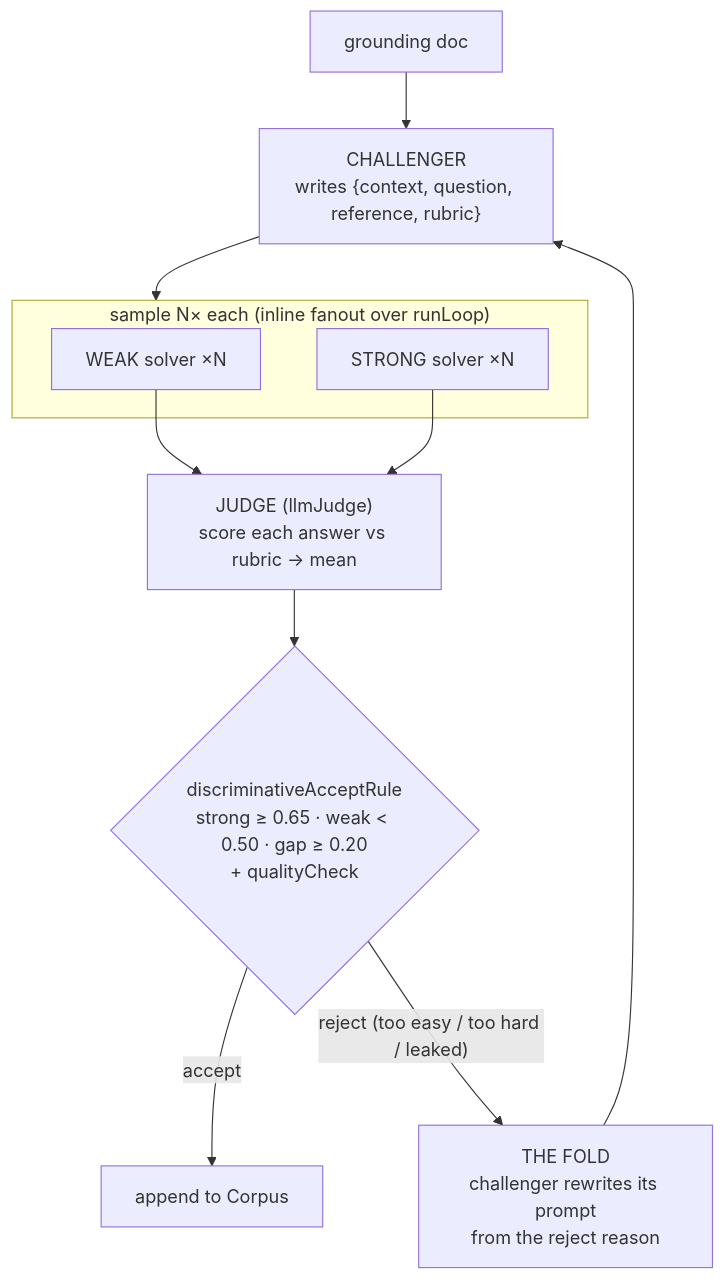
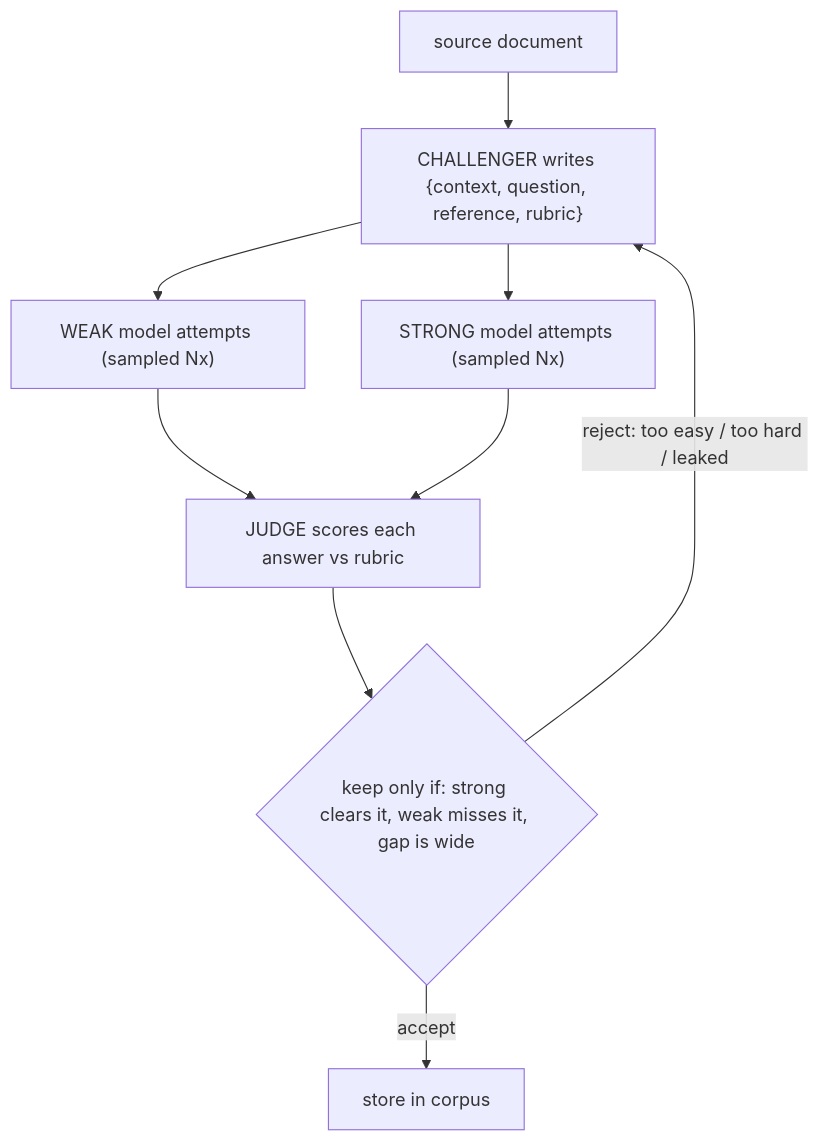
One commit to tangle-network/agent-runtime changed the diagram in examples/agentic-data-creation/README.md. Above: the diagram before and after it, drawn with Mermaid. The commit also changed other lines of this file and 33 other files, not shown here.

````diff
--- a/examples/agentic-data-creation/README.md
+++ b/examples/agentic-data-creation/README.md
@@ -31,15 +43,11 @@
 ```mermaid
 flowchart TD
-  doc["grounding doc"] --> ch["CHALLENGER\nwrites {context, question, reference, rubric}"]
-  ch --> sample
-  subgraph sample["sample N× each (inline fanout over runLoop)"]
-    weak["WEAK solver ×N"]
-    strong["STRONG solver ×N"]
-  end
-  weak --> judge["JUDGE (llmJudge)\nscore each answer vs rubric → mean"]
+  doc["source document"] --> ch["CHALLENGER writes {context, question, reference, rubric}"]
+  ch --> weak["WEAK model attempts (sampled Nx)"]
+  ch --> strong["STRONG model attempts (sampled Nx)"]
+  weak --> judge["JUDGE scores each answer vs rubric"]
   strong --> judge
-  judge --> rule{"discriminativeAcceptRule\nstrong ≥ 0.65 · weak < 0.50 · gap ≥ 0.20\n+ qualityCheck"}
-  rule -->|accept| corpus["append to Corpus"]
-  rule -->|"reject (too easy / too hard / leaked)"| fold["THE FOLD\nchallenger rewrites its prompt\nfrom the reject reason"]
-  fold --> ch
+  judge --> rule{"keep only if: strong clears it, weak misses it, gap is wide"}
+  rule -->|accept| corpus["store in corpus"]
+  rule -->|"reject: too easy / too hard / leaked"| ch
 ```
````
